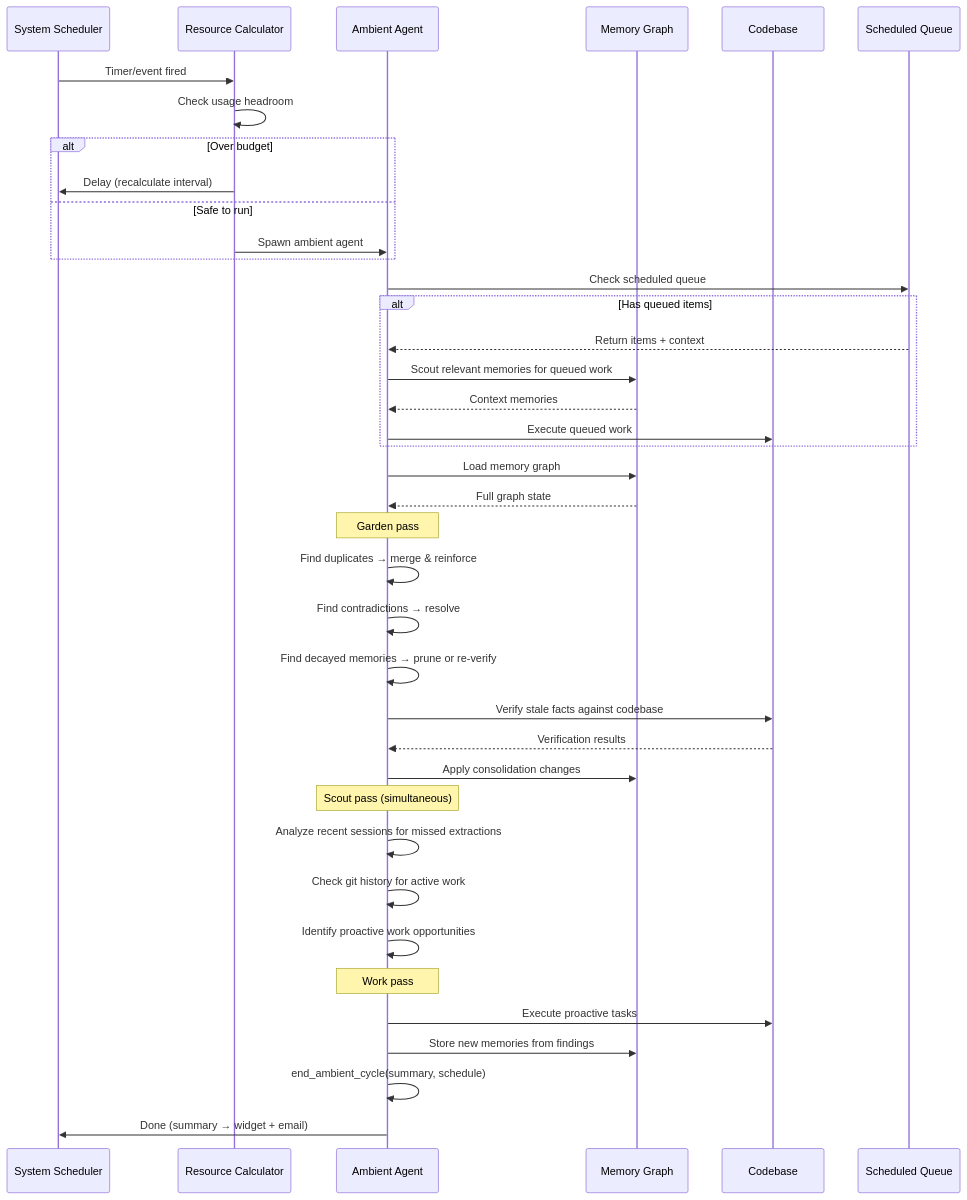
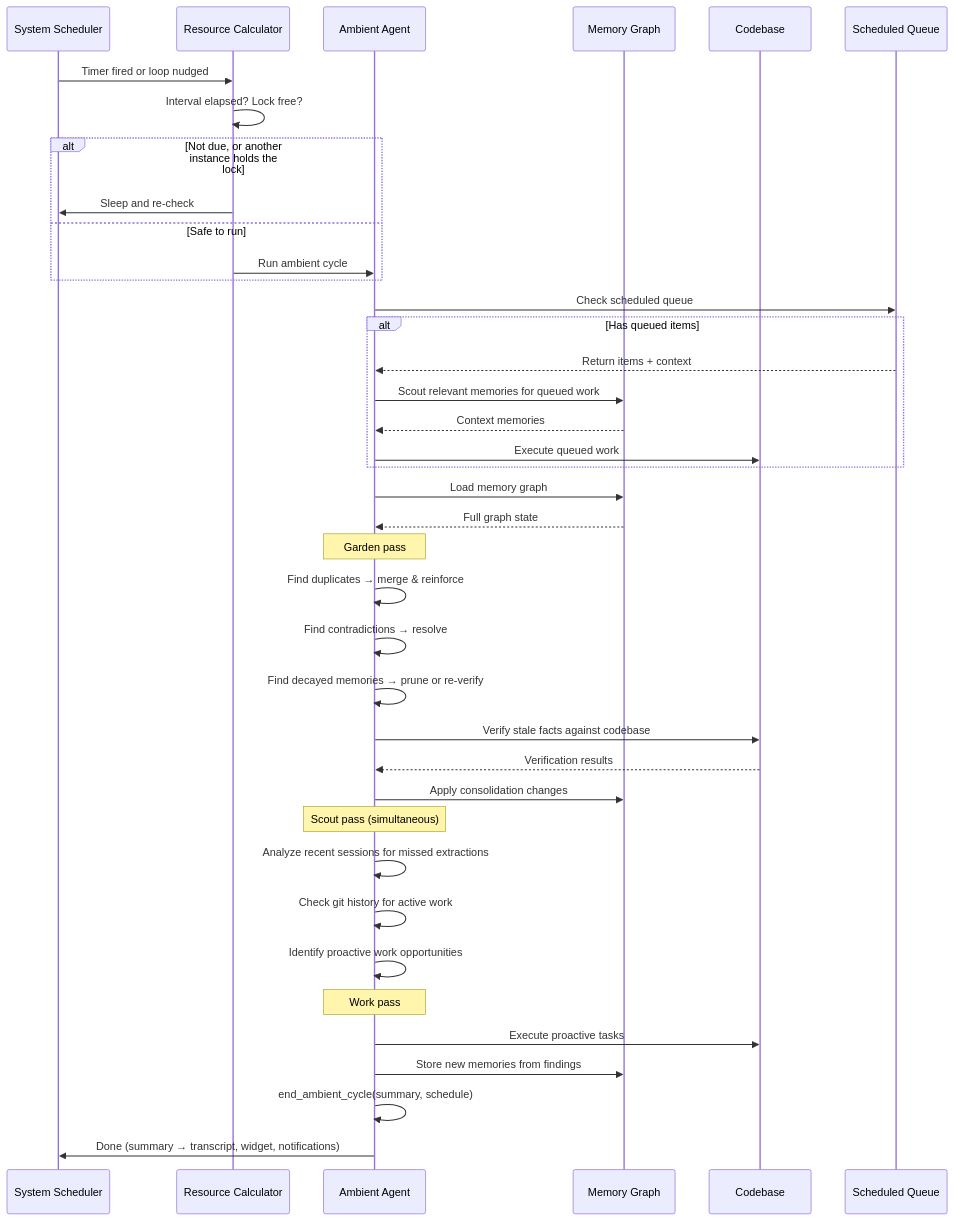
Before and after one commit to indrajeetadityaroy9/jcode: the second of 8 diagrams in docs/AMBIENT_MODE.md, drawn with Mermaid. The commit also changed other lines of this file and 167 other files, not shown here.

````diff
--- a/docs/AMBIENT_MODE.md
+++ b/docs/AMBIENT_MODE.md
@@ -96,48 +139,48 @@
 ```mermaid
 sequenceDiagram
     participant SYS as System Scheduler
     participant RES as Resource Calculator
     participant AMB as Ambient Agent
     participant MEM as Memory Graph
     participant CB as Codebase
     participant Q as Scheduled Queue
 
-    SYS->>RES: Timer/event fired
-    RES->>RES: Check usage headroom
-    alt Over budget
-        RES->>SYS: Delay (recalculate interval)
+    SYS->>RES: Timer fired or loop nudged
+    RES->>RES: Interval elapsed? Lock free?
+    alt Not due, or another instance holds the lock
+        RES->>SYS: Sleep and re-check
     else Safe to run
-        RES->>AMB: Spawn ambient agent
+        RES->>AMB: Run ambient cycle
     end
 
     AMB->>Q: Check scheduled queue
     alt Has queued items
         Q-->>AMB: Return items + context
         AMB->>MEM: Scout relevant memories for queued work
         MEM-->>AMB: Context memories
         AMB->>CB: Execute queued work
     end
 
     AMB->>MEM: Load memory graph
     MEM-->>AMB: Full graph state
 
     Note over AMB: Garden pass
     AMB->>AMB: Find duplicates → merge & reinforce
     AMB->>AMB: Find contradictions → resolve
     AMB->>AMB: Find decayed memories → prune or re-verify
     AMB->>CB: Verify stale facts against codebase
     CB-->>AMB: Verification results
     AMB->>MEM: Apply consolidation changes
 
     Note over AMB: Scout pass (simultaneous)
     AMB->>AMB: Analyze recent sessions for missed extractions
     AMB->>AMB: Check git history for active work
     AMB->>AMB: Identify proactive work opportunities
 
     Note over AMB: Work pass
     AMB->>CB: Execute proactive tasks
     AMB->>MEM: Store new memories from findings
 
     AMB->>AMB: end_ambient_cycle(summary, schedule)
-    AMB->>SYS: Done (summary → widget + email)
+    AMB->>SYS: Done (summary → transcript, widget, notifications)
 ```
````
